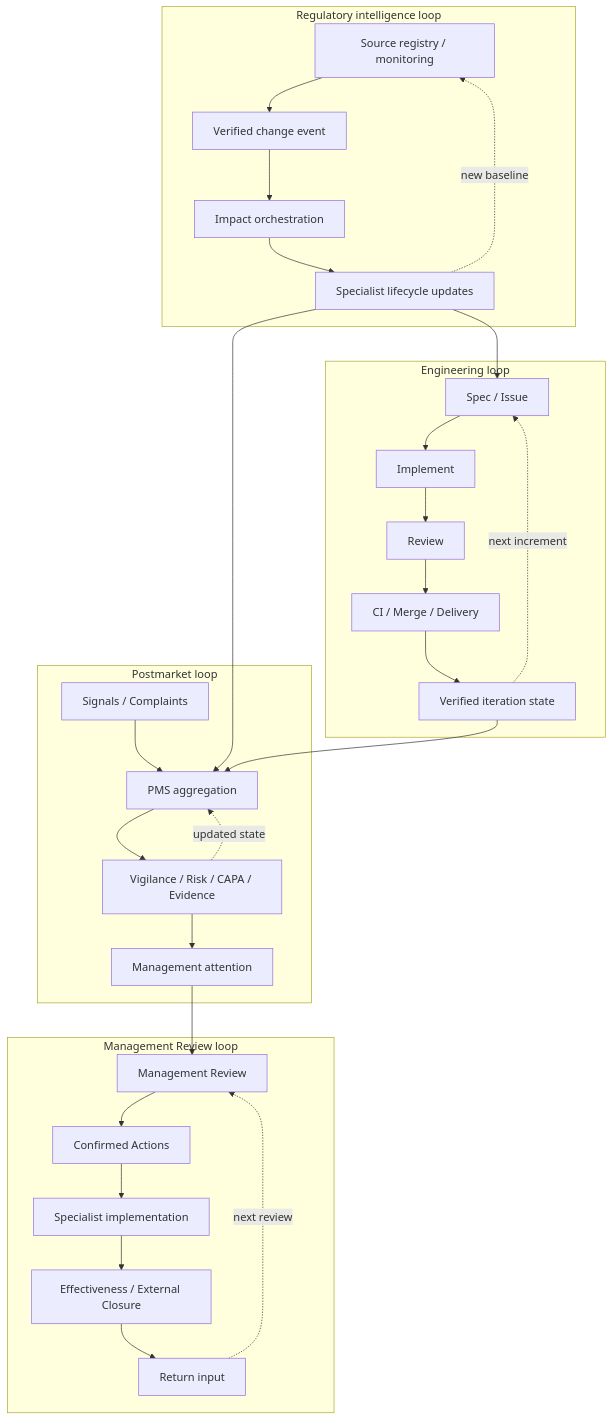
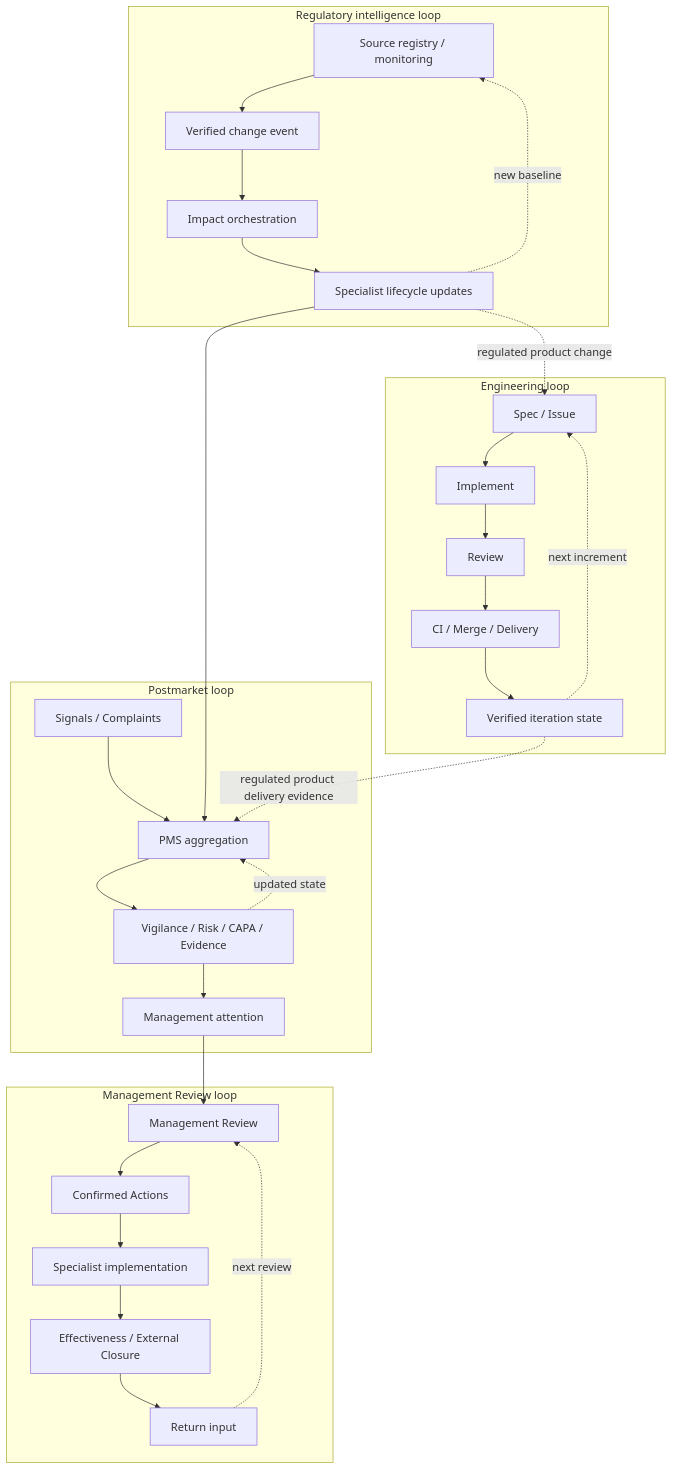
The fifth of 5 diagrams in docs/SKILL-UNIVERSE.md (GithubLarsKomo/skillz), drawn with Mermaid before and after one commit. The commit also changed other lines of this file, not shown here.

Commit message:
Harden Mermaid universe renderer compatibility

````diff
--- a/docs/SKILL-UNIVERSE.md
+++ b/docs/SKILL-UNIVERSE.md
@@ -385,45 +385,45 @@
 ```mermaid
 flowchart TB
     subgraph ELOOP[Engineering loop]
         E1[Spec / Issue]
         E2[Implement]
         E3[Review]
         E4[CI / Merge / Delivery]
         E5[Verified iteration state]
         E1 --> E2 --> E3 --> E4 --> E5
         E5 -. next increment .-> E1
     end
 
     subgraph PLOOP[Postmarket loop]
         P1[Signals / Complaints]
         P2[PMS aggregation]
         P3[Vigilance / Risk / CAPA / Evidence]
         P4[Management attention]
         P1 --> P2 --> P3 --> P4
         P3 -. updated state .-> P2
     end
 
     subgraph MLOOP[Management Review loop]
         M1[Management Review]
         M2[Confirmed Actions]
         M3[Specialist implementation]
         M4[Effectiveness / External Closure]
         M5[Return input]
         M1 --> M2 --> M3 --> M4 --> M5
         M5 -. next review .-> M1
     end
 
     subgraph RLOOP[Regulatory intelligence loop]
         R1[Source registry / monitoring]
         R2[Verified change event]
         R3[Impact orchestration]
         R4[Specialist lifecycle updates]
         R1 --> R2 --> R3 --> R4
         R4 -. new baseline .-> R1
     end
 
     P4 --> M1
     R4 --> P2
-    R4 --> E1
-    E5 --> P2
+    R4 -. regulated product change .-> E1
+    E5 -. regulated product delivery evidence .-> P2
 ```
````
